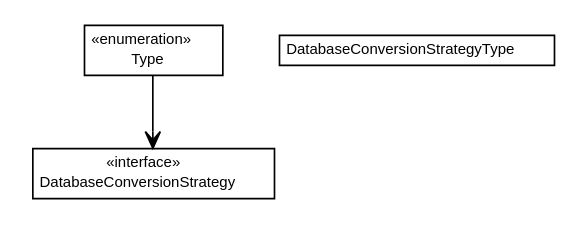
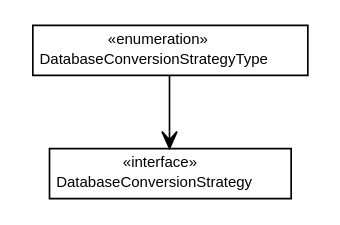
Before and after one commit to willmorejg/net.ljcomputing.database: the diagram in docs/javadoc/apidocs/net/ljcomputing/database/strategy/net.ljcomputing.database.strategy.dot, drawn with Graphviz. The commit also changed 112 other files, not shown here.

Commit message:
Refactor strategy type.

```diff
--- a/docs/javadoc/apidocs/net/ljcomputing/database/strategy/net.ljcomputing.database.strategy.dot
+++ b/docs/javadoc/apidocs/net/ljcomputing/database/strategy/net.ljcomputing.database.strategy.dot
@@ -1,34 +1,28 @@
 #!/usr/local/bin/dot
 #
 # Class diagram 
 # Generated by UMLGraph version R5_6 (http://www.umlgraph.org/)
 #
 
 digraph G {
 	edge [fontname="Helvetica",fontsize=10,labelfontname="Helvetica",labelfontsize=10];
 	node [fontname="Helvetica",fontsize=10,shape=plaintext];
 	nodesep=0.25;
 	ranksep=0.5;
 	// net.ljcomputing.database.strategy.DatabaseConversionStrategy
-	c139 [label=<<table title="net.ljcomputing.database.strategy.DatabaseConversionStrategy" border="0" cellborder="1" cellspacing="0" cellpadding="2" port="p" href="./DatabaseConversionStrategy.html">
+	c134 [label=<<table title="net.ljcomputing.database.strategy.DatabaseConversionStrategy" border="0" cellborder="1" cellspacing="0" cellpadding="2" port="p" href="./DatabaseConversionStrategy.html">
 		<tr><td><table border="0" cellspacing="0" cellpadding="1">
 <tr><td align="center" balign="center"> &#171;interface&#187; </td></tr>
 <tr><td align="center" balign="center"> DatabaseConversionStrategy </td></tr>
 		</table></td></tr>
 		</table>>, URL="./DatabaseConversionStrategy.html", fontname="Helvetica", fontcolor="black", fontsize=9.0];
 	// net.ljcomputing.database.strategy.DatabaseConversionStrategyType
-	c140 [label=<<table title="net.ljcomputing.database.strategy.DatabaseConversionStrategyType" border="0" cellborder="1" cellspacing="0" cellpadding="2" port="p" href="./DatabaseConversionStrategyType.html">
+	c135 [label=<<table title="net.ljcomputing.database.strategy.DatabaseConversionStrategyType" border="0" cellborder="1" cellspacing="0" cellpadding="2" port="p" href="./DatabaseConversionStrategyType.html">
 		<tr><td><table border="0" cellspacing="0" cellpadding="1">
+<tr><td align="center" balign="center"> &#171;enumeration&#187; </td></tr>
 <tr><td align="center" balign="center"> DatabaseConversionStrategyType </td></tr>
 		</table></td></tr>
 		</table>>, URL="./DatabaseConversionStrategyType.html", fontname="Helvetica", fontcolor="black", fontsize=9.0];
-	// net.ljcomputing.database.strategy.DatabaseConversionStrategyType.Type
-	c141 [label=<<table title="net.ljcomputing.database.strategy.DatabaseConversionStrategyType.Type" border="0" cellborder="1" cellspacing="0" cellpadding="2" port="p" href="./DatabaseConversionStrategyType.Type.html">
-		<tr><td><table border="0" cellspacing="0" cellpadding="1">
-<tr><td align="center" balign="center"> &#171;enumeration&#187; </td></tr>
-<tr><td align="center" balign="center"> Type </td></tr>
-		</table></td></tr>
-		</table>>, URL="./DatabaseConversionStrategyType.Type.html", fontname="Helvetica", fontcolor="black", fontsize=9.0];
-	// net.ljcomputing.database.strategy.DatabaseConversionStrategyType.Type NAVASSOC net.ljcomputing.database.strategy.DatabaseConversionStrategy
-	c141:p -> c139:p [taillabel="", label="", headlabel="", fontname="Helvetica", fontcolor="black", fontsize=10.0, color="black", arrowhead=open];
+	// net.ljcomputing.database.strategy.DatabaseConversionStrategyType NAVASSOC net.ljcomputing.database.strategy.DatabaseConversionStrategy
+	c135:p -> c134:p [taillabel="", label="", headlabel="", fontname="Helvetica", fontcolor="black", fontsize=10.0, color="black", arrowhead=open];
 }
```
